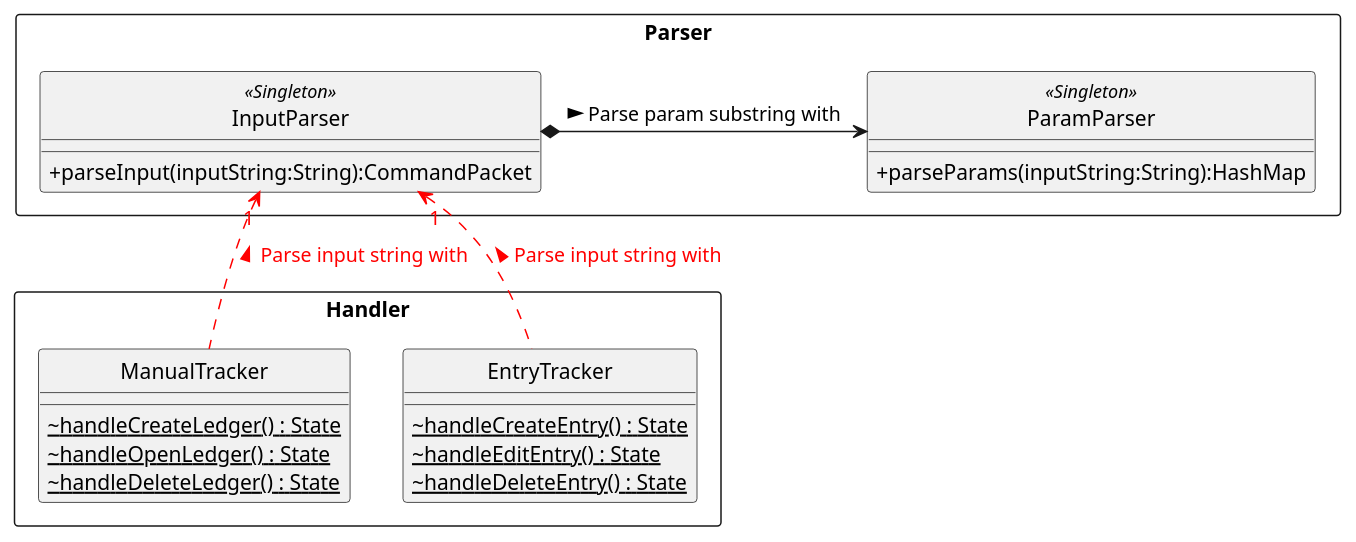
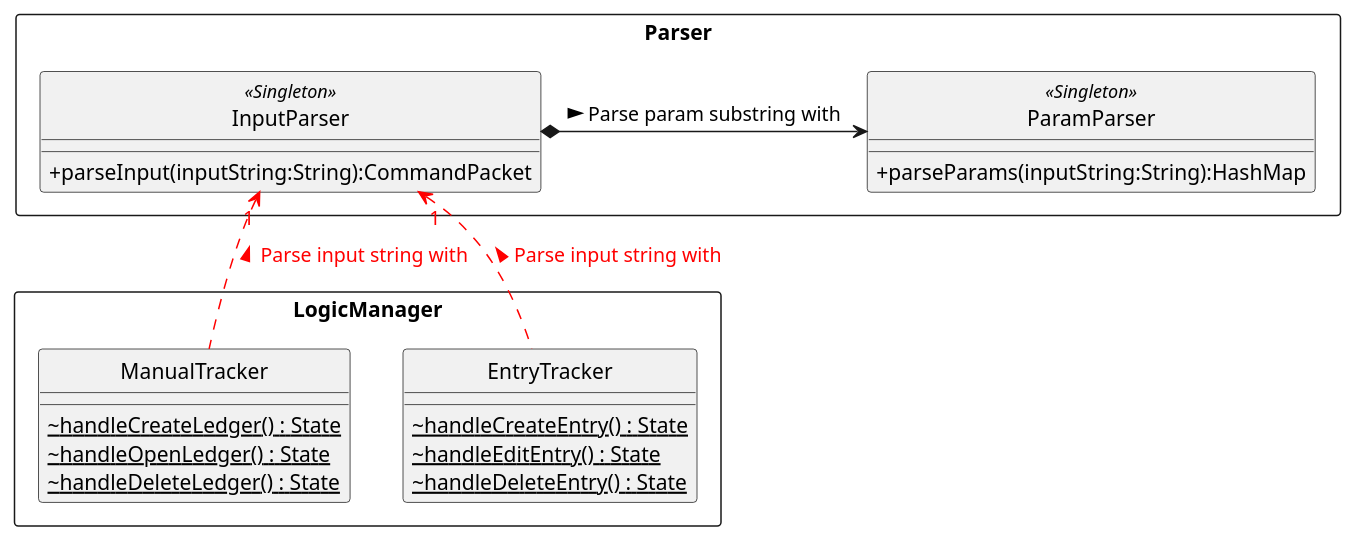
One commit to nus-cs2113-AY2021S1/tp changed the diagram in docs/uml_images/manualTracker/Handler_Parser.puml. Above: the diagram before and after it, drawn with PlantUML. The commit also changed 30 other files, not shown here.

```diff
--- a/docs/uml_images/manualTracker/Handler_Parser.puml
+++ b/docs/uml_images/manualTracker/Handler_Parser.puml
@@ -1,42 +1,42 @@
 @startuml
 hide circle
 skinparam classAttributeIconSize 0
 skinparam BoxPadding 20
 skinparam shadowing false
 
 
 skinparam package<<Layout>> {
   borderColor Transparent
   backgroundColor Transparent
   fontColor Transparent
   stereotypeFontColor Transparent
 }
 
-rectangle Handler {
+rectangle LogicManager {
     class ManualTracker {
         ~ {static} handleCreateLedger() : State
         ~ {static} handleOpenLedger() : State
         ~ {static} handleDeleteLedger() : State
     }
 
     class EntryTracker {
         ~ {static} handleCreateEntry() : State
         ~ {static} handleEditEntry() : State
         ~ {static} handleDeleteEntry() : State
     }
 }
 
 rectangle Parser{
     class InputParser <<Singleton>> {
         + parseInput(inputString:String):CommandPacket
     }
 
     class ParamParser <<Singleton>> {
         + parseParams(inputString:String):HashMap
     }
     InputParser *-> ParamParser : Parse param substring with >
     InputParser "1" <-[#red]- ManualTracker #line:red;line.dashed;text:red : Parse input string with <
 
     InputParser "1" <-[#red]- EntryTracker  #line:red;line.dashed;text:red : Parse input string with <
 }
 @enduml
```
